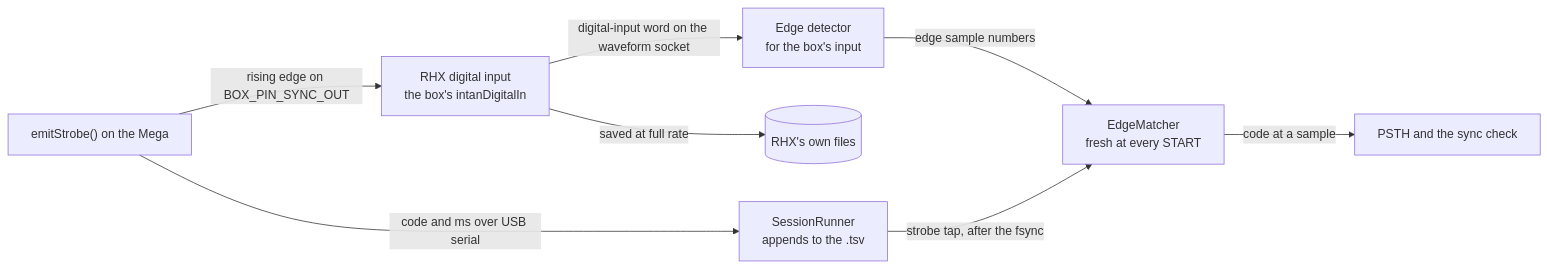
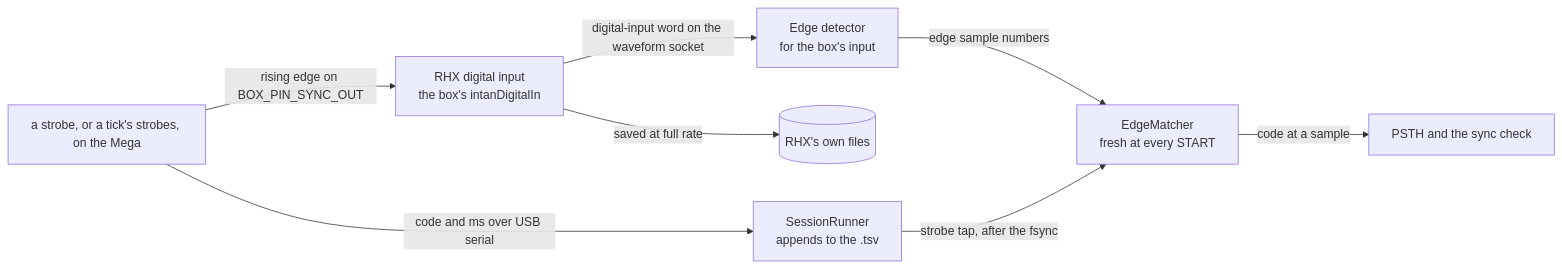
The first of 3 diagrams in docs/RECORDING.md (Chase-NJ/Ephymeris), drawn with Mermaid before and after one commit. The commit also changed other lines of this file and 23 other files, not shown here.

First line of the commit message:
Pulse the sync line once per tick in spine tasks, never waiting in loop() (#207)

````diff
--- a/docs/RECORDING.md
+++ b/docs/RECORDING.md
@@ -177,10 +178,10 @@
 ```mermaid
 flowchart LR
-    emit["emitStrobe() on the Mega"] -->|"rising edge on BOX_PIN_SYNC_OUT"| din["RHX digital input<br/>the box's intanDigitalIn"]
+    emit["a strobe, or a tick's strobes, on the Mega"] -->|"rising edge on BOX_PIN_SYNC_OUT"| din["RHX digital input<br/>the box's intanDigitalIn"]
     emit -->|"code and ms over USB serial"| runner["SessionRunner<br/>appends to the .tsv"]
     din -->|"saved at full rate"| rhxFiles[("RHX's own files")]
     din -->|"digital-input word on the waveform socket"| detector["Edge detector<br/>for the box's input"]
     detector -->|"edge sample numbers"| matcher["EdgeMatcher<br/>fresh at every START"]
     runner -->|"strobe tap, after the fsync"| matcher
     matcher -->|"code at a sample"| live["PSTH and the sync check"]
 ```
````
